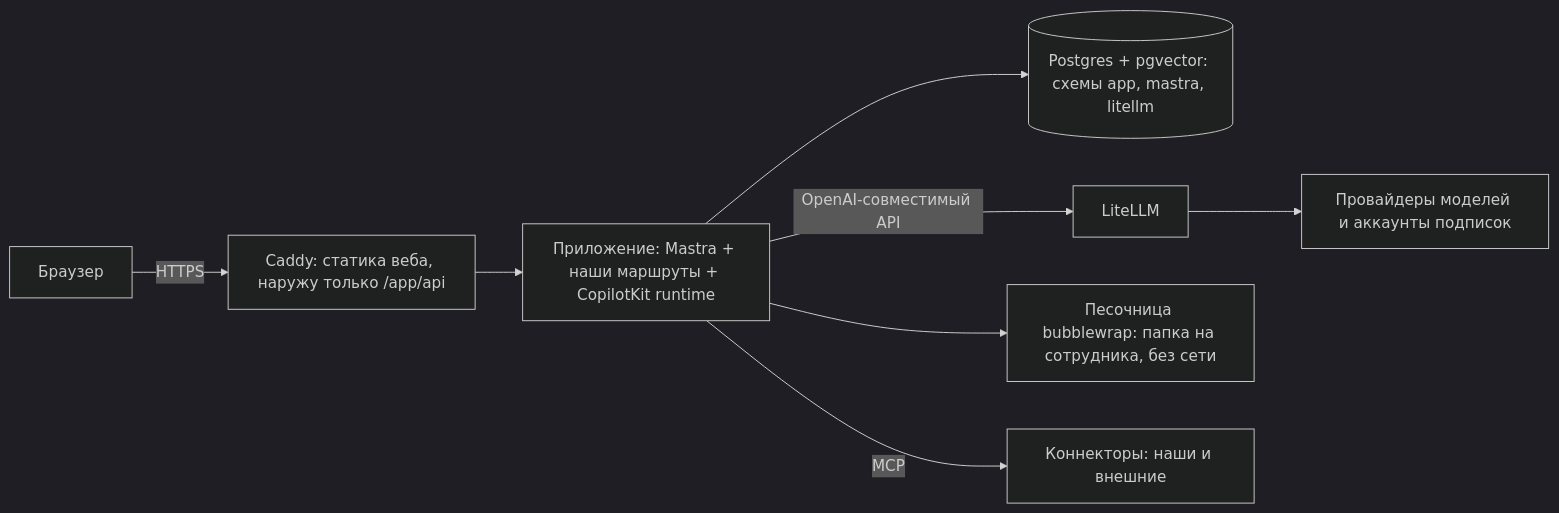
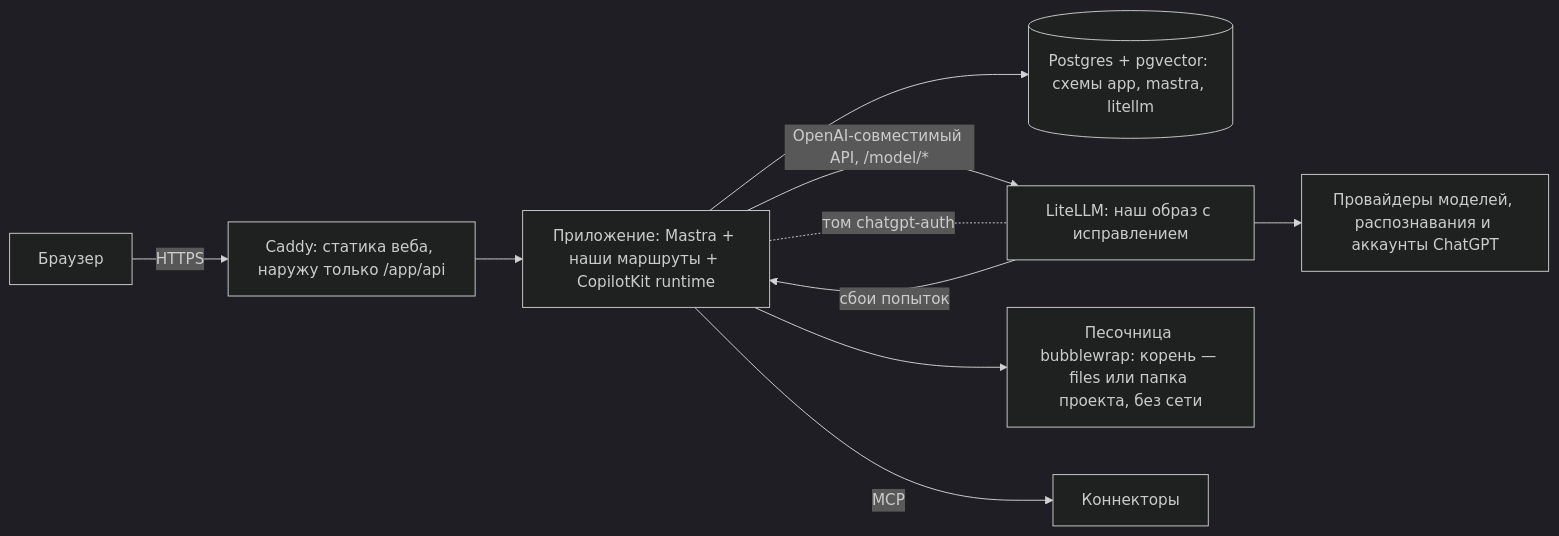
Before and after one commit to nyxandro/basic-business-agent: the third of 4 diagrams in docs/specs/[12.11.2026]-agent-base-architecture.md, drawn with Mermaid (dark theme). The commit also changed other lines of this file and 220 other files, not shown here.

Commit message:
Этап 2: спецификация сведена в один файл (новый интерфейс по макету, модели и аккаунты ChatGPT в админке, скиллы .skill с областью, проекты с файлами, рабочие области, поиск, голос, задачи с областью); скиллы проекта для агентов-разработчиков; правило «одна спецификация» в AGENTS.md

````diff
--- a/docs/specs/[12.11.2026]-agent-base-architecture.md
+++ b/docs/specs/[12.11.2026]-agent-base-architecture.md
@@ -559,10 +954,12 @@
 ```mermaid
 flowchart LR
   U[Браузер] -->|HTTPS| C[Caddy: статика веба, наружу только /app/api]
   C --> S[Приложение: Mastra + наши маршруты + CopilotKit runtime]
   S --> P[(Postgres + pgvector: схемы app, mastra, litellm)]
-  S -->|OpenAI-совместимый API| L[LiteLLM]
-  L --> M[Провайдеры моделей и аккаунты подписок]
-  S --> X[Песочница bubblewrap: папка на сотрудника, без сети]
-  S -->|MCP| K[Коннекторы: наши и внешние]
+  S -->|OpenAI-совместимый API, /model/*| L[LiteLLM: наш образ с исправлением]
+  L -->|сбои попыток| S
+  L --> M[Провайдеры моделей, распознавания и аккаунты ChatGPT]
+  S --> X[Песочница bubblewrap: корень — files или папка проекта, без сети]
+  S -->|MCP| K[Коннекторы]
+  S -. том chatgpt-auth .- L
 ```
````
